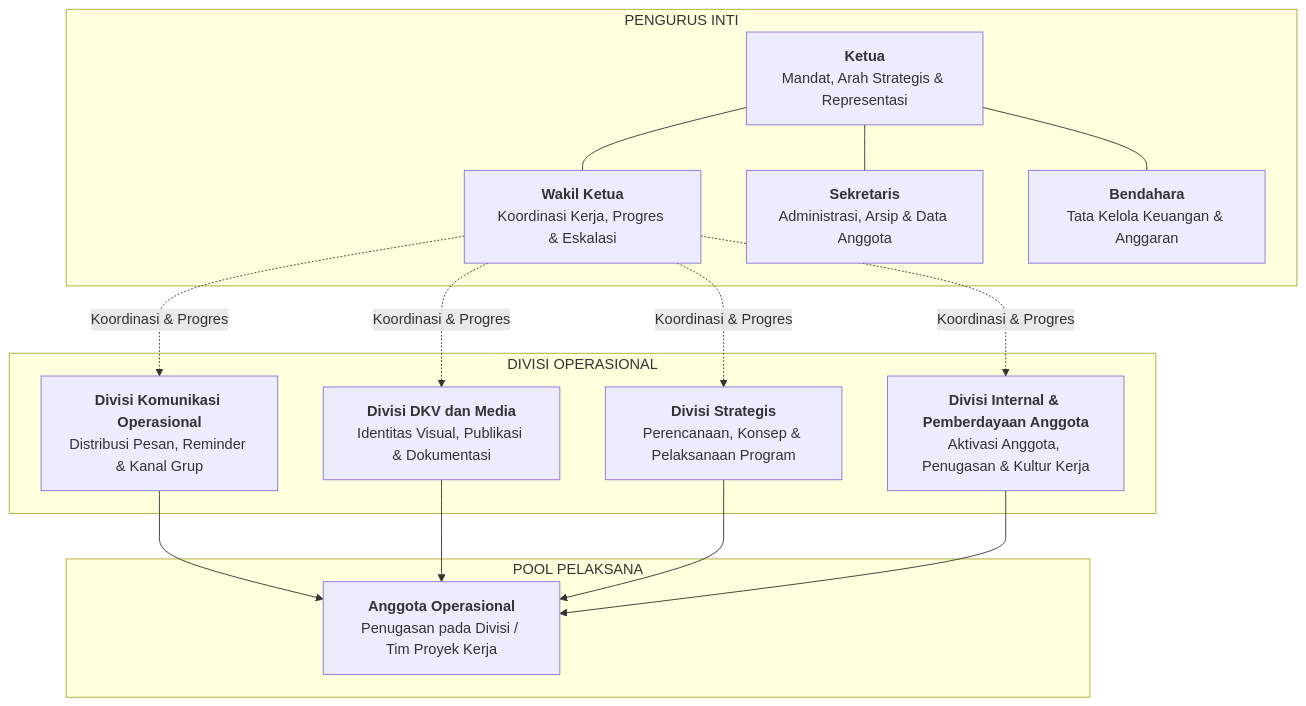
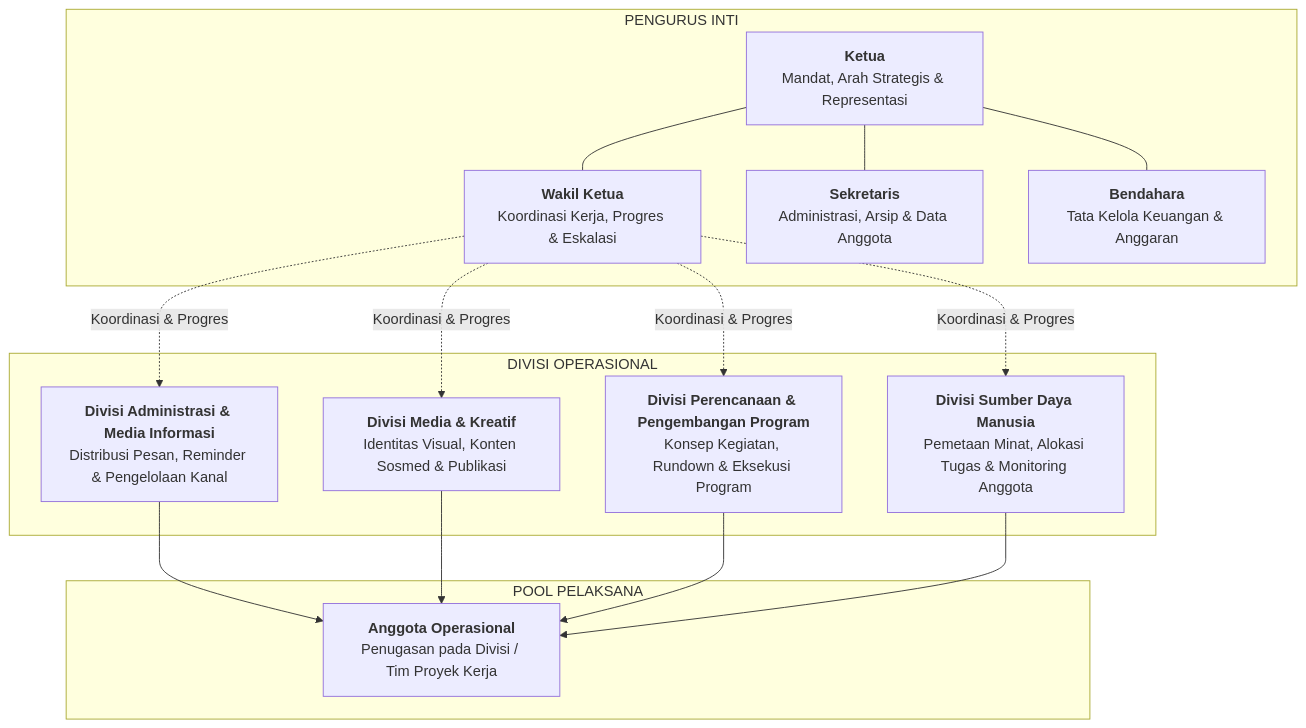
Before and after one commit to anggaalfiansah/hima-reform: the first of 2 diagrams in 02-Structure-and-Roles/02-struktur-dan-peran-hima.md, drawn with Mermaid. The commit also changed other lines of this file and 3 other files, not shown here.

Commit message:
feat(structure): perbarui nama divisi ke bahasa indonesia, tambahkan tabel mandat, dan diagram visual

````diff
--- a/02-Structure-and-Roles/02-struktur-dan-peran-hima.md
+++ b/02-Structure-and-Roles/02-struktur-dan-peran-hima.md
@@ -25,34 +25,34 @@
 ```mermaid
 graph TD
     subgraph Core["PENGURUS INTI"]
         Ketua["<b>Ketua</b><br/>Mandat, Arah Strategis & Representasi"]
         WakilKetua["<b>Wakil Ketua</b><br/>Koordinasi Kerja, Progres & Eskalasi"]
         Sekretaris["<b>Sekretaris</b><br/>Administrasi, Arsip & Data Anggota"]
         Bendahara["<b>Bendahara</b><br/>Tata Kelola Keuangan & Anggaran"]
     end
 
     Ketua --- WakilKetua
     Ketua --- Sekretaris
     Ketua --- Bendahara
 
     subgraph Divisi["DIVISI OPERASIONAL"]
-        DivKom["<b>Divisi Komunikasi Operasional</b><br/>Distribusi Pesan, Reminder & Kanal Grup"]
-        DivDKV["<b>Divisi DKV dan Media</b><br/>Identitas Visual, Publikasi & Dokumentasi"]
-        DivStrat["<b>Divisi Strategis</b><br/>Perencanaan, Konsep & Pelaksanaan Program"]
-        DivInternal["<b>Divisi Internal & Pemberdayaan Anggota</b><br/>Aktivasi Anggota, Penugasan & Kultur Kerja"]
+        DivAMI["<b>Divisi Administrasi & Media Informasi</b><br/>Distribusi Pesan, Reminder & Pengelolaan Kanal"]
+        DivMK["<b>Divisi Media & Kreatif</b><br/>Identitas Visual, Konten Sosmed & Publikasi"]
+        DivP3["<b>Divisi Perencanaan & Pengembangan Program</b><br/>Konsep Kegiatan, Rundown & Eksekusi Program"]
+        DivSDM["<b>Divisi Sumber Daya Manusia</b><br/>Pemetaan Minat, Alokasi Tugas & Monitoring Anggota"]
     end
 
-    WakilKetua -.->|"Koordinasi & Progres"| DivKom
-    WakilKetua -.->|"Koordinasi & Progres"| DivDKV
-    WakilKetua -.->|"Koordinasi & Progres"| DivStrat
-    WakilKetua -.->|"Koordinasi & Progres"| DivInternal
+    WakilKetua -.->|"Koordinasi & Progres"| DivAMI
+    WakilKetua -.->|"Koordinasi & Progres"| DivMK
+    WakilKetua -.->|"Koordinasi & Progres"| DivP3
+    WakilKetua -.->|"Koordinasi & Progres"| DivSDM
 
     subgraph Pool["POOL PELAKSANA"]
         AnggotaOp["<b>Anggota Operasional</b><br/>Penugasan pada Divisi / Tim Proyek Kerja"]
     end
 
-    DivKom --> AnggotaOp
-    DivDKV --> AnggotaOp
-    DivStrat --> AnggotaOp
-    DivInternal --> AnggotaOp
+    DivAMI --> AnggotaOp
+    DivMK --> AnggotaOp
+    DivP3 --> AnggotaOp
+    DivSDM --> AnggotaOp
 ```
````
